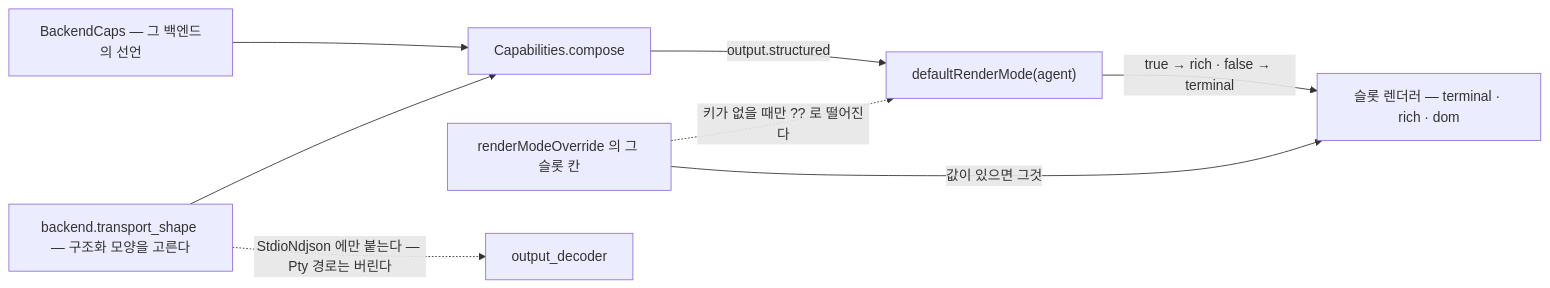
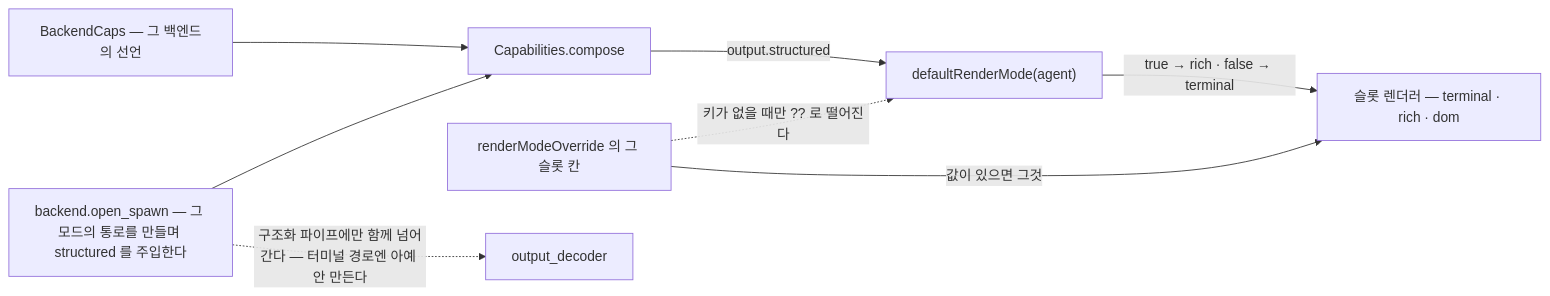
Before and after one commit to kimsunzun/engram-dashboard: the third of 4 diagrams in docs/reference/structure/agent-backend.md, drawn with Mermaid. The commit also changed other lines of this file and 7 other files, not shown here.

````diff
--- a/docs/reference/structure/agent-backend.md
+++ b/docs/reference/structure/agent-backend.md
@@ -70,10 +70,10 @@
 ```mermaid
 flowchart LR
   OV["renderModeOverride 의 그 슬롯 칸"] -->|"값이 있으면 그것"| M["슬롯 렌더러 — terminal · rich · dom"]
   OV -.->|"키가 없을 때만 ?? 로 떨어진다"| DF["defaultRenderMode(agent)"]
-  TSH["backend.transport_shape — 구조화 모양을 고른다"] --> CO["Capabilities.compose"]
+  TSH["backend.open_spawn — 그 모드의 통로를 만들며 structured 를 주입한다"] --> CO["Capabilities.compose"]
   BC["BackendCaps — 그 백엔드의 선언"] --> CO
   CO -->|"output.structured"| DF
   DF -->|"true → rich · false → terminal"| M
-  TSH -.->|"StdioNdjson 에만 붙는다 — Pty 경로는 버린다"| DEC["output_decoder"]
+  TSH -.->|"구조화 파이프에만 함께 넘어간다 — 터미널 경로엔 아예 안 만든다"| DEC["output_decoder"]
 ```
````
